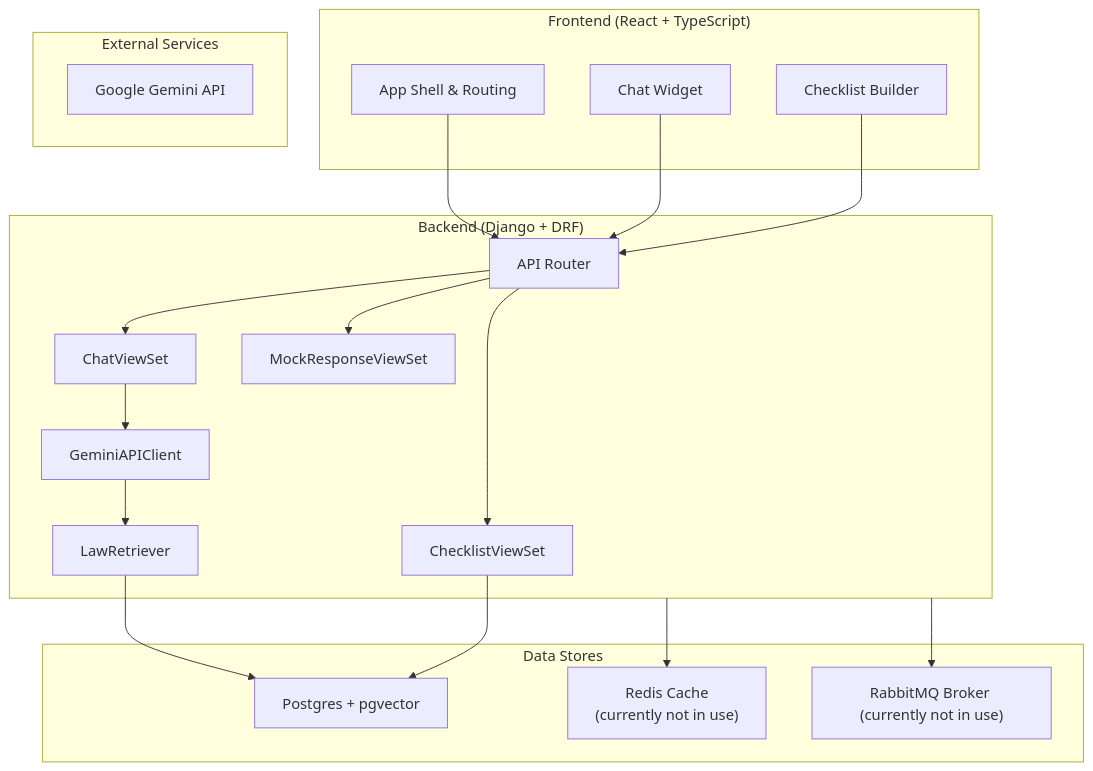
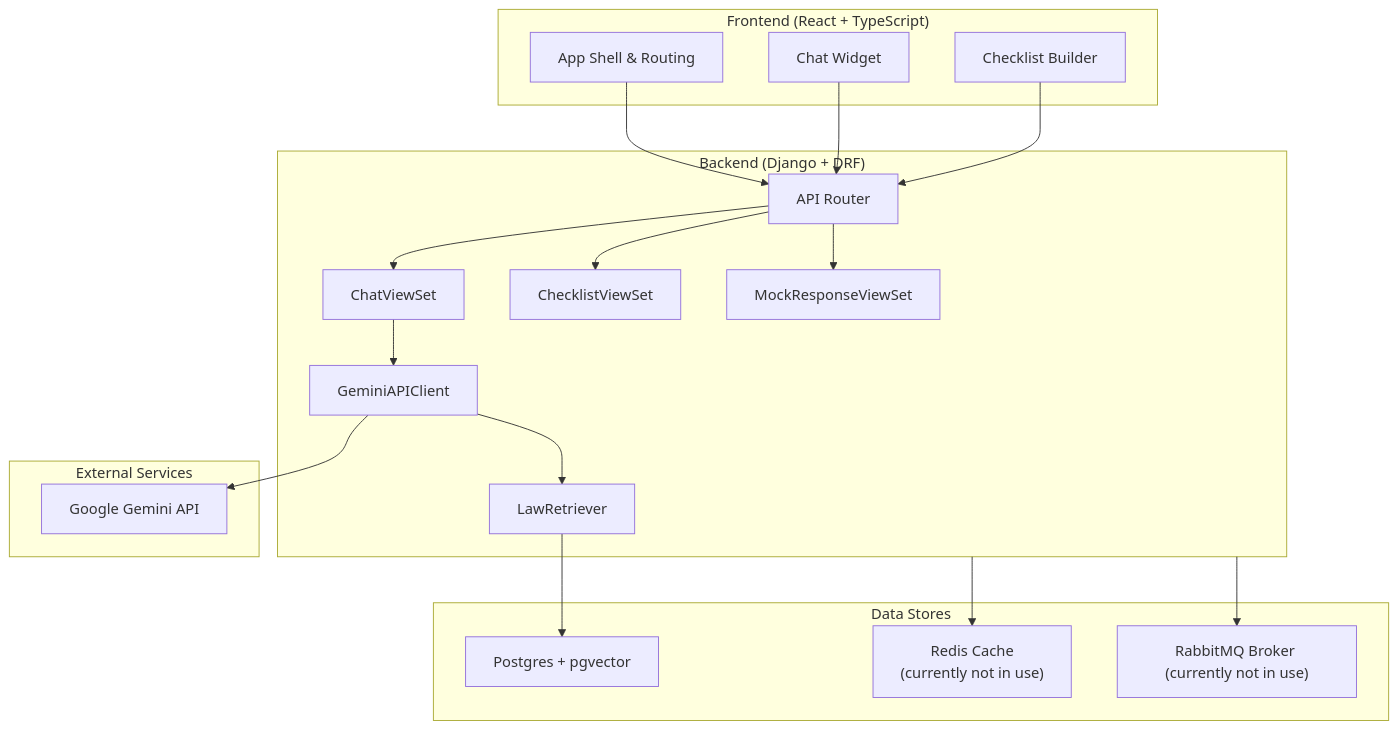
Before and after one commit to CDP-group-9/CDP_Trondheim_Kommune: the fourth of 6 diagrams in docs/diagrams.md, drawn with Mermaid. The commit also changed other lines of this file, not shown here.

````diff
--- a/docs/diagrams.md
+++ b/docs/diagrams.md
@@ -245,42 +241,42 @@
 ```mermaid
 flowchart TD
     subgraph Frontend["Frontend (React + TypeScript)"]
         AppShell["App Shell & Routing"]
         ChatWidget["Chat Widget"]
         ChecklistModule["Checklist Builder"]
     end
 
     subgraph Backend["Backend (Django + DRF)"]
         Router["API Router"]
         ChatController["ChatViewSet"]
         ChecklistController["ChecklistViewSet"]
         MockAPI["MockResponseViewSet"]
         GeminiService["GeminiAPIClient"]
         LawService["LawRetriever"]
     end
 
     subgraph DataStores["Data Stores"]
         Pg["Postgres + pgvector"]
         Redis["Redis Cache 
         (currently not in use)"]
         Rabbit["RabbitMQ Broker (currently not in use)"]
     end
 
     subgraph Externals["External Services"]
         GeminiAPI["Google Gemini API"]
     end
 
     AppShell --> Router
     ChatWidget --> Router
     ChecklistModule --> Router
     Router --> ChatController
     Router --> ChecklistController
     Router --> MockAPI
     ChatController --> GeminiService
     GeminiService --> LawService
+    GeminiService --> GeminiAPI
     LawService --> Pg
-    ChecklistController --> Pg
     Backend --> Redis
     Backend --> Rabbit
 
 ```
````
